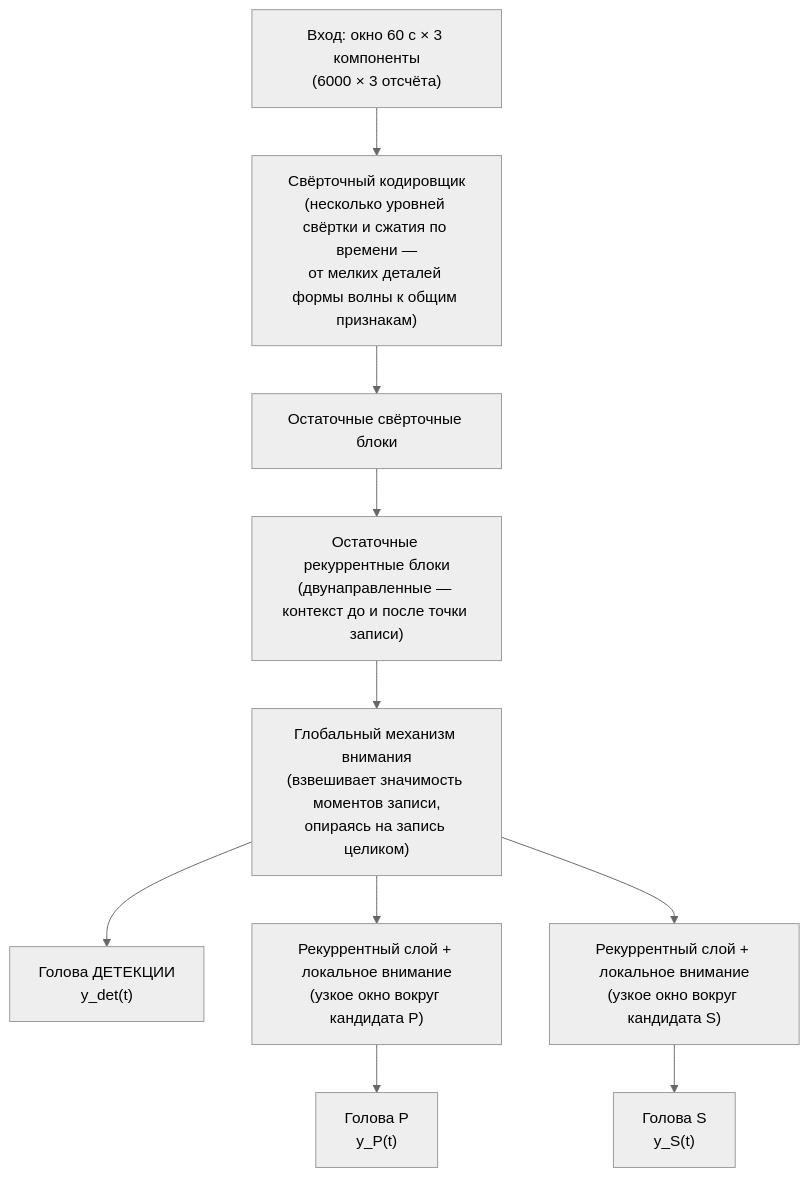
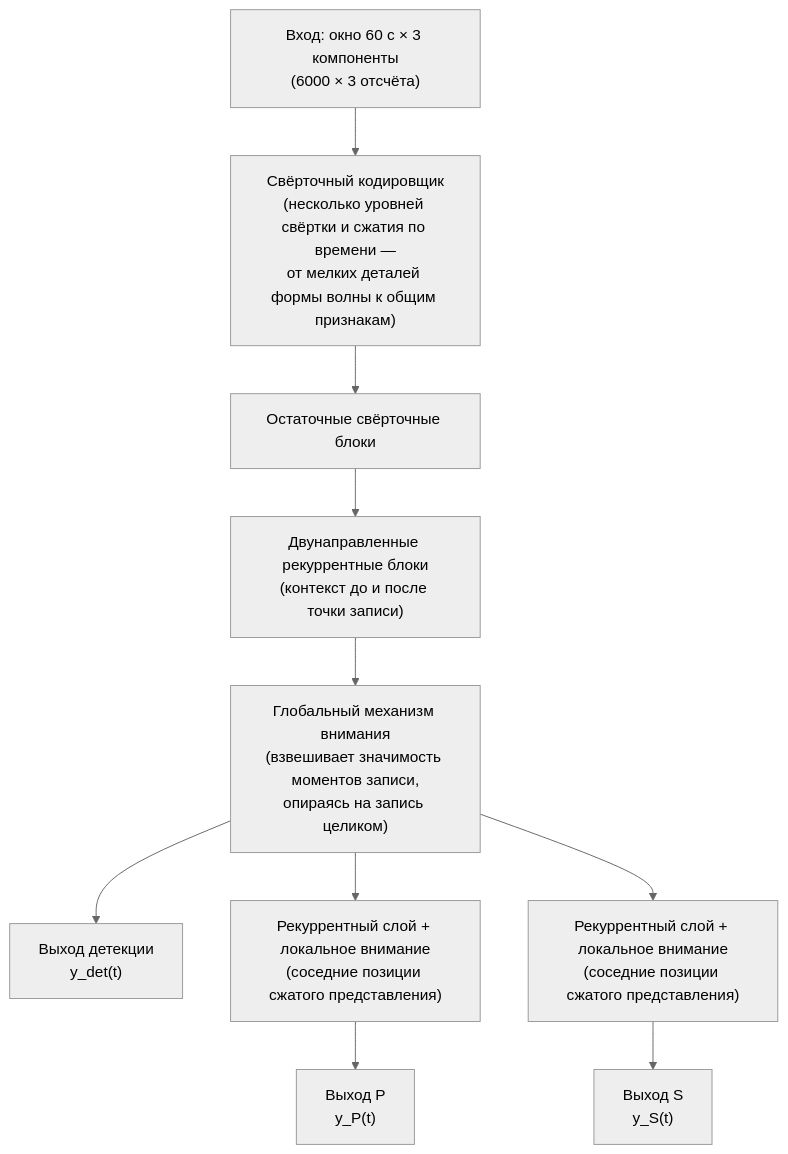
One commit to ruhose73/FastEQT changed the second of 13 diagrams in docs/doc-physical.md. Above: the diagram before and after it, drawn with Mermaid (neutral theme). The commit also changed other lines of this file, not shown here.

````diff
--- a/docs/doc-physical.md
+++ b/docs/doc-physical.md
@@ -88,12 +101,12 @@
 ```mermaid
 flowchart TD
     In["Вход: окно 60 с × 3 компоненты<br/>(6000 × 3 отсчёта)"] --> Enc["Свёрточный кодировщик<br/>(несколько уровней свёртки и сжатия по времени —<br/>от мелких деталей формы волны к общим признакам)"]
     Enc --> Res1["Остаточные свёрточные блоки"]
-    Res1 --> Res2["Остаточные рекуррентные блоки<br/>(двунаправленные — контекст до и после точки записи)"]
+    Res1 --> Res2["Двунаправленные рекуррентные блоки<br/>(контекст до и после точки записи)"]
     Res2 --> Att["Глобальный механизм внимания<br/>(взвешивает значимость моментов записи,<br/>опираясь на запись целиком)"]
-    Att --> Det["Голова ДЕТЕКЦИИ<br/>y_det(t)"]
-    Att --> Pl["Рекуррентный слой + локальное внимание<br/>(узкое окно вокруг кандидата P)"]
-    Att --> Sl["Рекуррентный слой + локальное внимание<br/>(узкое окно вокруг кандидата S)"]
-    Pl --> Ph["Голова P<br/>y_P(t)"]
-    Sl --> Sh["Голова S<br/>y_S(t)"]
+    Att --> Det["Выход детекции<br/>y_det(t)"]
+    Att --> Pl["Рекуррентный слой + локальное внимание<br/>(соседние позиции сжатого представления)"]
+    Att --> Sl["Рекуррентный слой + локальное внимание<br/>(соседние позиции сжатого представления)"]
+    Pl --> Ph["Выход P<br/>y_P(t)"]
+    Sl --> Sh["Выход S<br/>y_S(t)"]
 ```
````
